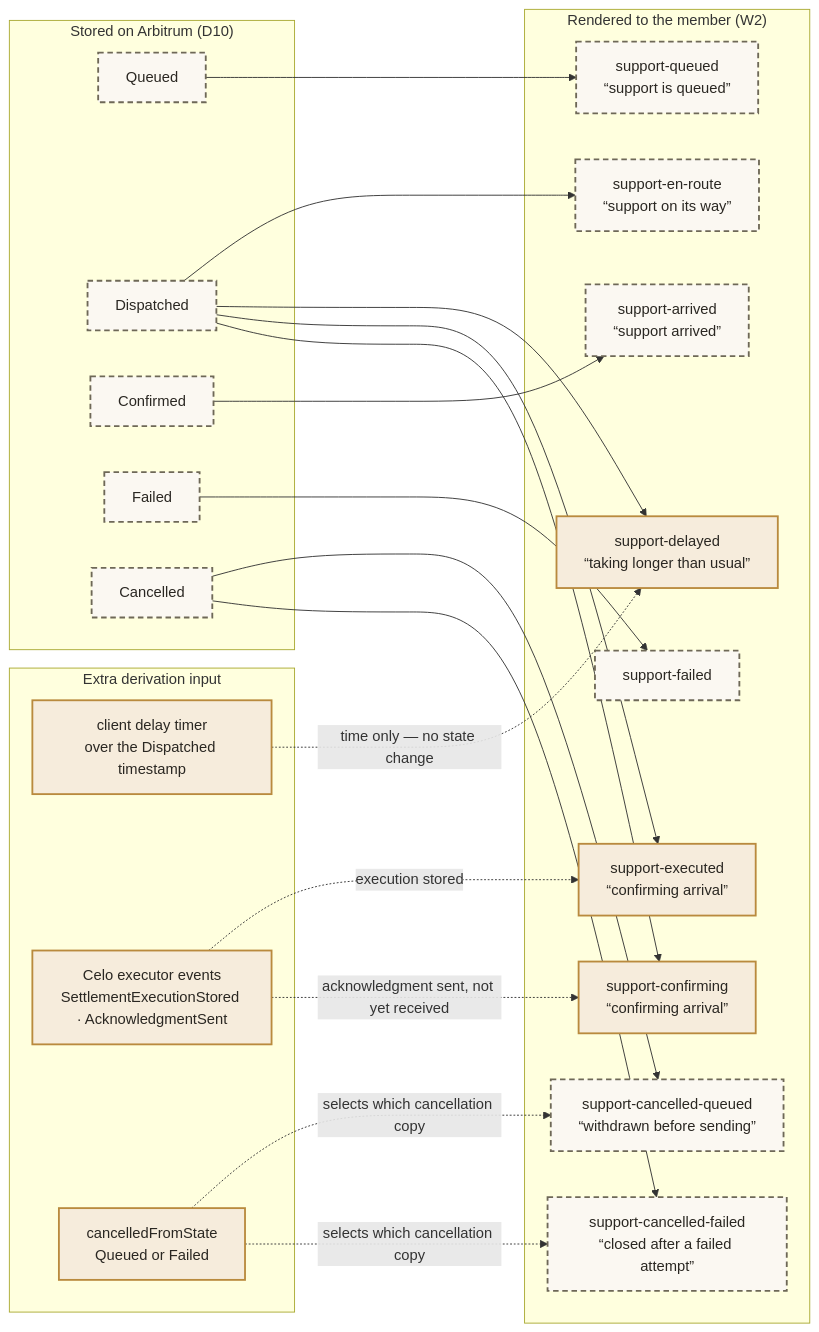
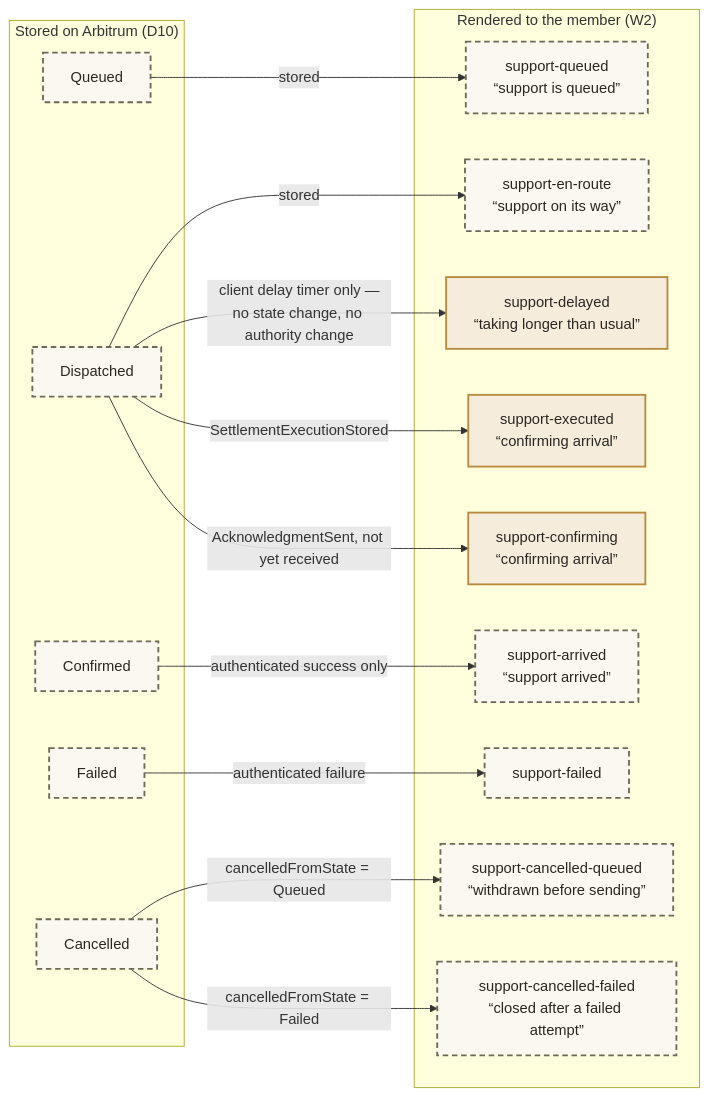
Before and after one commit to greenpill-dev-guild/green-goods: diagram 25 of 32 in .plans/active/commitment-pooling/diagrams.md, drawn with Mermaid. The commit also changed other lines of this file and 1 other file, not shown here.

First line of the commit message:
docs(plans): fix diagram legibility found by the rendered visual pass

````diff
--- a/.plans/active/commitment-pooling/diagrams.md
+++ b/.plans/active/commitment-pooling/diagrams.md
@@ -1220,48 +1220,37 @@
 ```mermaid
 flowchart LR
   subgraph ON["Stored on Arbitrum (D10)"]
     Q["Queued"]
     D["Dispatched"]
     C["Confirmed"]
     F["Failed"]
     X["Cancelled"]
-  end
-
-  subgraph EXTRA["Extra derivation input"]
-    T["client delay timer<br/>over the Dispatched timestamp"]
-    CELO["Celo executor events<br/>SettlementExecutionStored · AcknowledgmentSent"]
-    ORIG["cancelledFromState<br/>Queued or Failed"]
   end
 
   subgraph UI["Rendered to the member (W2)"]
     S1["support-queued<br/>“support is queued”"]
     S2["support-en-route<br/>“support on its way”"]
     S3["support-delayed<br/>“taking longer than usual”"]
     S4["support-executed<br/>“confirming arrival”"]
     S5["support-confirming<br/>“confirming arrival”"]
     S6["support-arrived<br/>“support arrived”"]
     S7["support-failed"]
     S8["support-cancelled-queued<br/>“withdrawn before sending”"]
     S9["support-cancelled-failed<br/>“closed after a failed attempt”"]
   end
 
-  Q --> S1
-  D --> S2
-  D --> S3
-  T -.->|"time only — no state change"| S3
-  D --> S4
-  CELO -.->|"execution stored"| S4
-  CELO -.->|"acknowledgment sent, not yet received"| S5
-  D --> S5
-  C --> S6
-  F --> S7
-  X --> S8
-  X --> S9
-  ORIG -.->|"selects which cancellation copy"| S8
-  ORIG -.->|"selects which cancellation copy"| S9
+  Q -->|"stored"| S1
+  D -->|"stored"| S2
+  D -->|"client delay timer only —<br/>no state change, no authority change"| S3
+  D -->|"SettlementExecutionStored"| S4
+  D -->|"AcknowledgmentSent, not yet received"| S5
+  C -->|"authenticated success only"| S6
+  F -->|"authenticated failure"| S7
+  X -->|"cancelledFromState = Queued"| S8
+  X -->|"cancelledFromState = Failed"| S9
 
   classDef planned fill:#fbf8f2,stroke:#6e6857,stroke-width:2px,stroke-dasharray:6 4,color:#2a2722
   classDef derived fill:#f6ecdc,stroke:#b98a3e,stroke-width:2px,color:#2a2722
   class Q,D,C,F,X,S1,S2,S6,S7,S8,S9 planned
-  class T,CELO,ORIG,S3,S4,S5 derived
+  class S3,S4,S5 derived
 ```
````
